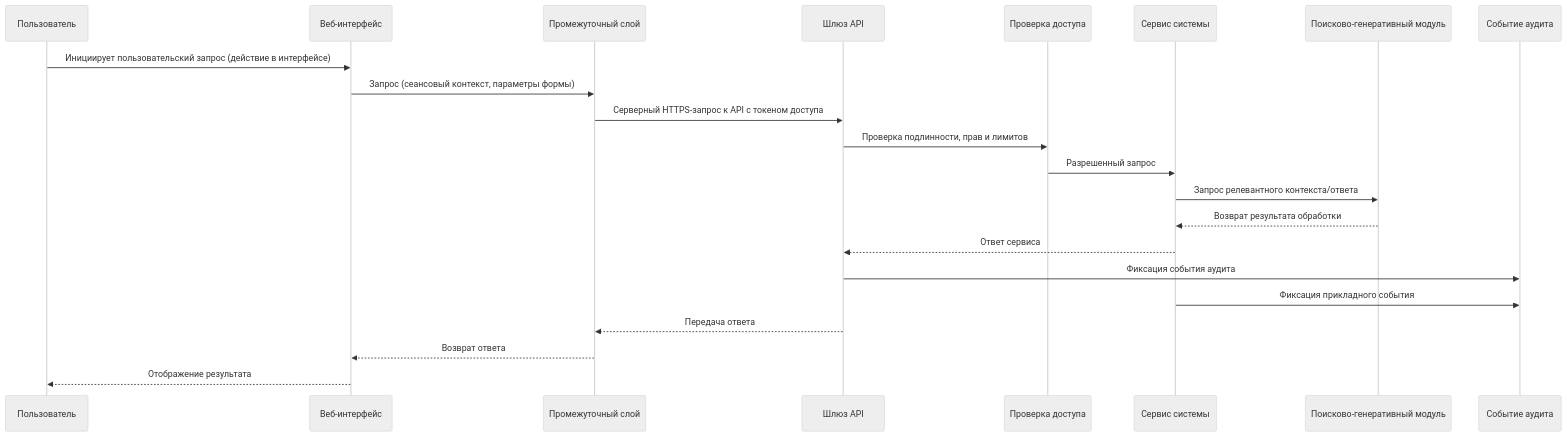
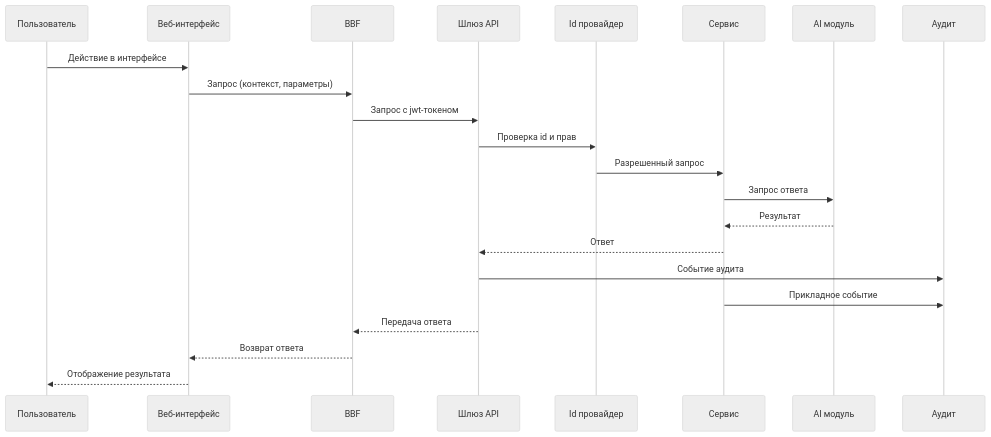
The second of 5 diagrams in TZ/3.Описание архитектуры и технических средств.md (Trump68/infra), drawn with Mermaid (neutral theme) before and after one commit.

Commit message:
docs: update Фармадок architecture documentation with revised terminology and flowchart enhancements
- Modified participant names in sequence diagrams for clarity, replacing outdated terms with more accurate representations.
- Streamlined the flow of interactions in the diagrams to better reflect the current architecture and processes.
- These updates improve the overall readability and understanding of the Фармадок system architecture.

````diff
--- a/TZ/3.Описание архитектуры и технических средств.md
+++ b/TZ/3.Описание архитектуры и технических средств.md
@@ -144,25 +144,25 @@
 ```mermaid
 sequenceDiagram
   participant UserReq as Пользователь
   participant UiReq as Веб-интерфейс 
-  participant BffReq as Промежуточный слой
+  participant BffReq as BBF
   participant GatewayReq as Шлюз API
-  participant AuthCheck as Проверка доступа
-  participant AppReq as Сервис системы
-  participant RagReq as Поисково-генеративный модуль
-  participant AuditReq as Событие аудита
+  participant AuthCheck as Id провайдер
+  participant AppReq as Сервис 
+  participant RagReq as AI модуль
+  participant AuditReq as Аудит
 
-  UserReq->>UiReq: Инициирует пользовательский запрос (действие в интерфейсе)
-  UiReq->>BffReq: Запрос (сеансовый контекст, параметры формы)
-  BffReq->>GatewayReq: Серверный HTTPS-запрос к API с токеном доступа
-  GatewayReq->>AuthCheck: Проверка подлинности, прав и лимитов
+  UserReq->>UiReq: Действие в интерфейсе
+  UiReq->>BffReq: Запрос (контекст, параметры)
+  BffReq->>GatewayReq: Запрос с jwt-токеном
+  GatewayReq->>AuthCheck: Проверка id и прав
   AuthCheck->>AppReq: Разрешенный запрос
-  AppReq->>RagReq: Запрос релевантного контекста/ответа
-  RagReq-->>AppReq: Возврат результата обработки
-  AppReq-->>GatewayReq: Ответ сервиса
-  GatewayReq->>AuditReq: Фиксация события аудита
-  AppReq->>AuditReq: Фиксация прикладного события
+  AppReq->>RagReq: Запрос ответа
+  RagReq-->>AppReq: Результат 
+  AppReq-->>GatewayReq: Ответ 
+  GatewayReq->>AuditReq: Cобытие аудита
+  AppReq->>AuditReq: Прикладное событие
   GatewayReq-->>BffReq: Передача ответа
   BffReq-->>UiReq: Возврат ответа
   UiReq-->>UserReq: Отображение результата
 ```
````
